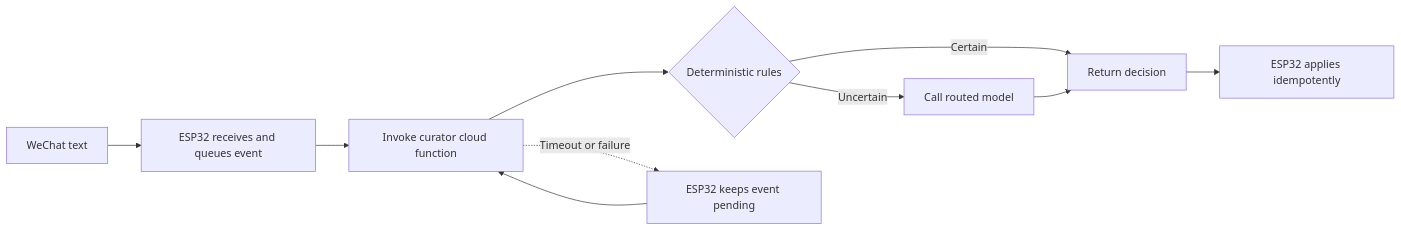
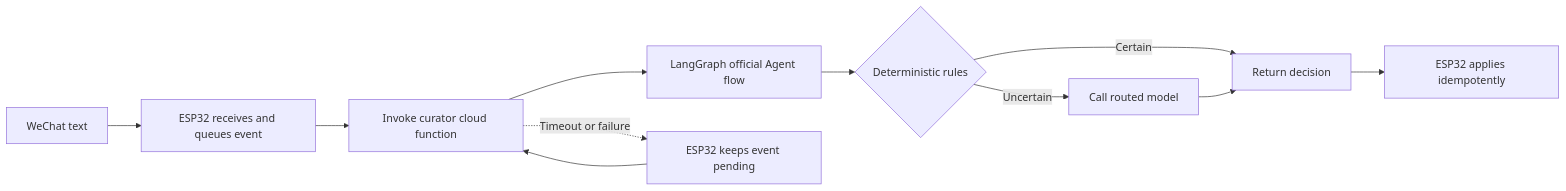
One commit to openbrt/weclawbot changed the diagram in docs/serverless-first.md. Above: the diagram before and after it, drawn with Mermaid. The commit also changed other lines of this file and 13 other files, not shown here.

Commit message:
Add LangGraph official agent runtime

````diff
--- a/docs/serverless-first.md
+++ b/docs/serverless-first.md
@@ -9,12 +9,13 @@
 ```mermaid
 flowchart LR
   W["WeChat text"] --> E["ESP32 receives and queues event"]
   E --> F["Invoke curator cloud function"]
-  F --> R{"Deterministic rules"}
+  F --> G["LangGraph official Agent flow"]
+  G --> R{"Deterministic rules"}
   R -- "Certain" --> O["Return decision"]
   R -- "Uncertain" --> M["Call routed model"]
   M --> O
   O --> A["ESP32 applies idempotently"]
   F -. "Timeout or failure" .-> Q["ESP32 keeps event pending"]
   Q --> F
 ```
````
